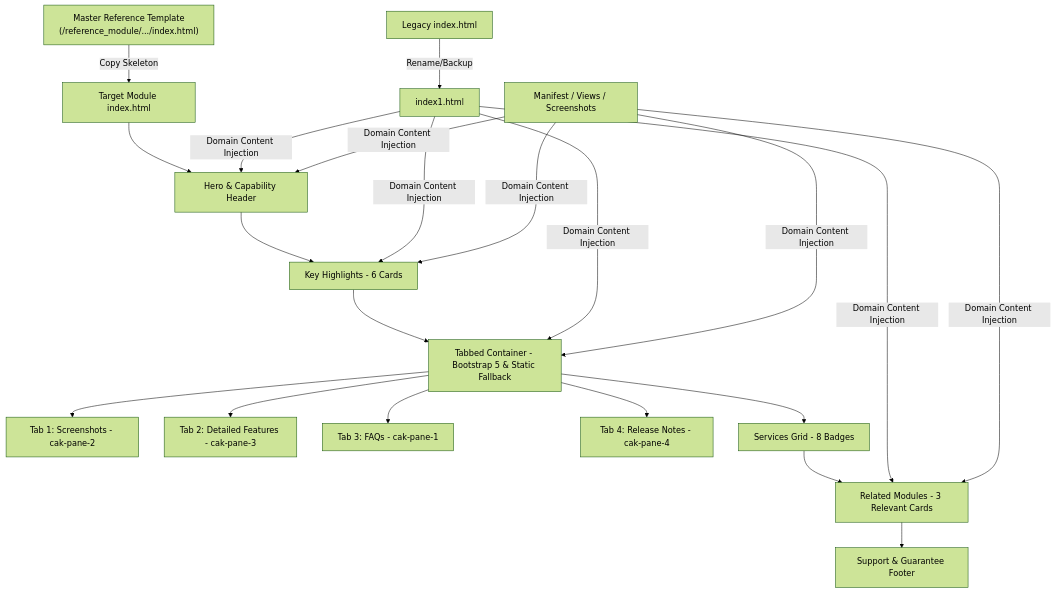
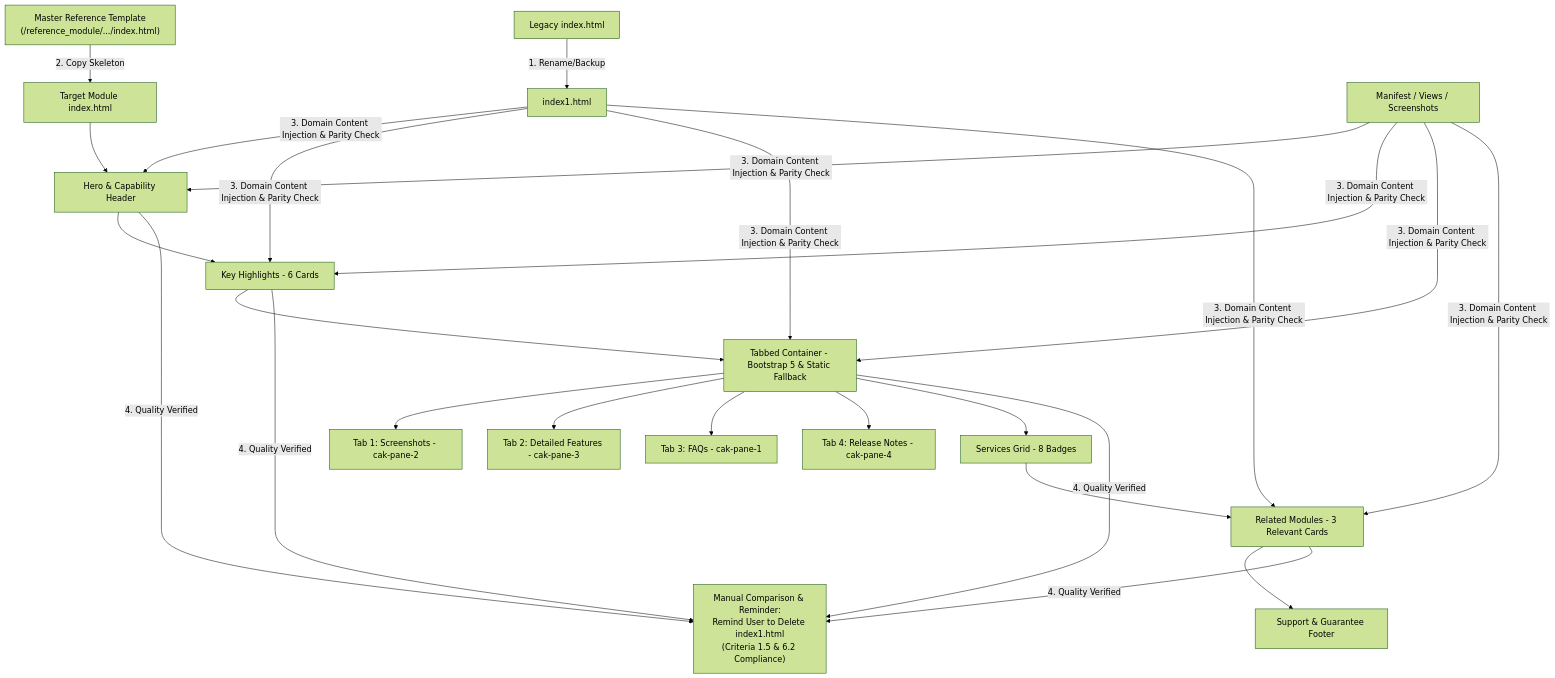
The diagram in INDEX_HTML_UPDATE_IMPLEMENTATION_PLAN.md (CybroOdooDev/Abin_Joshua), drawn with Mermaid (forest theme) before and after one commit. The commit also changed other lines of this file and 138 other files, not shown here.

````diff
--- a/INDEX_HTML_UPDATE_IMPLEMENTATION_PLAN.md
+++ b/INDEX_HTML_UPDATE_IMPLEMENTATION_PLAN.md
@@ -17,16 +17,17 @@
 ```mermaid
 graph TD
-    A[Legacy index.html] -->|Rename/Backup| B[index1.html]
-    C["Master Reference Template<br>(/reference_module/.../index.html)"] -->|Copy Skeleton| S[Target Module index.html]
+    A[Legacy index.html] -->|1. Rename/Backup| B[index1.html]
+    C["Master Reference Template<br>(/reference_module/.../index.html)"] -->|2. Copy Skeleton| S[Target Module index.html]
     S --> D[Hero & Capability Header]
     D --> E[Key Highlights - 6 Cards]
     E --> F[Tabbed Container - Bootstrap 5 & Static Fallback]
     F --> F1[Tab 1: Screenshots - cak-pane-2]
     F --> F2[Tab 2: Detailed Features - cak-pane-3]
     F --> F3[Tab 3: FAQs - cak-pane-1]
     F --> F4[Tab 4: Release Notes - cak-pane-4]
     F --> G[Services Grid - 8 Badges]
     G --> H[Related Modules - 3 Relevant Cards]
     H --> I[Support & Guarantee Footer]
-    B & J[Manifest / Views / Screenshots] -->|Domain Content Injection| D & E & F & H
+    B & J[Manifest / Views / Screenshots] -->|3. Domain Content Injection & Parity Check| D & E & F & H
+    D & E & F & H -->|4. Quality Verified| K["Manual Comparison & Reminder:<br>Remind User to Delete index1.html<br>(Criteria 1.5 & 6.2 Compliance)"]
 ```
````
